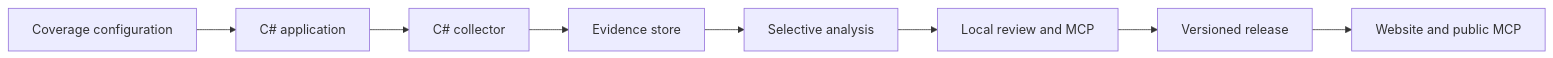
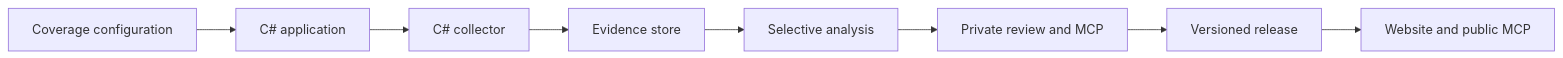
One commit to young-kobe/civic-lens changed the first of 2 diagrams in docs/architecture.md. Above: the diagram before and after it, drawn with Mermaid. The commit also changed other lines of this file and 4 other files, not shown here.

Commit message:
Document editorial workflow and MVP-first hosting roadmap

````diff
--- a/docs/architecture.md
+++ b/docs/architecture.md
@@ -123,18 +181,18 @@
 ```mermaid
 flowchart LR
     config["Coverage configuration"]
     app["C# application"]
     collector["C# collector"]
     evidence["Evidence store"]
     analysis["Selective analysis"]
-    review["Local review and MCP"]
+    review["Private review and MCP"]
     release["Versioned release"]
     public["Website and public MCP"]
     config --> app
     app --> collector
     collector --> evidence
     evidence --> analysis
     analysis --> review
     review --> release
     release --> public
 ```
````
